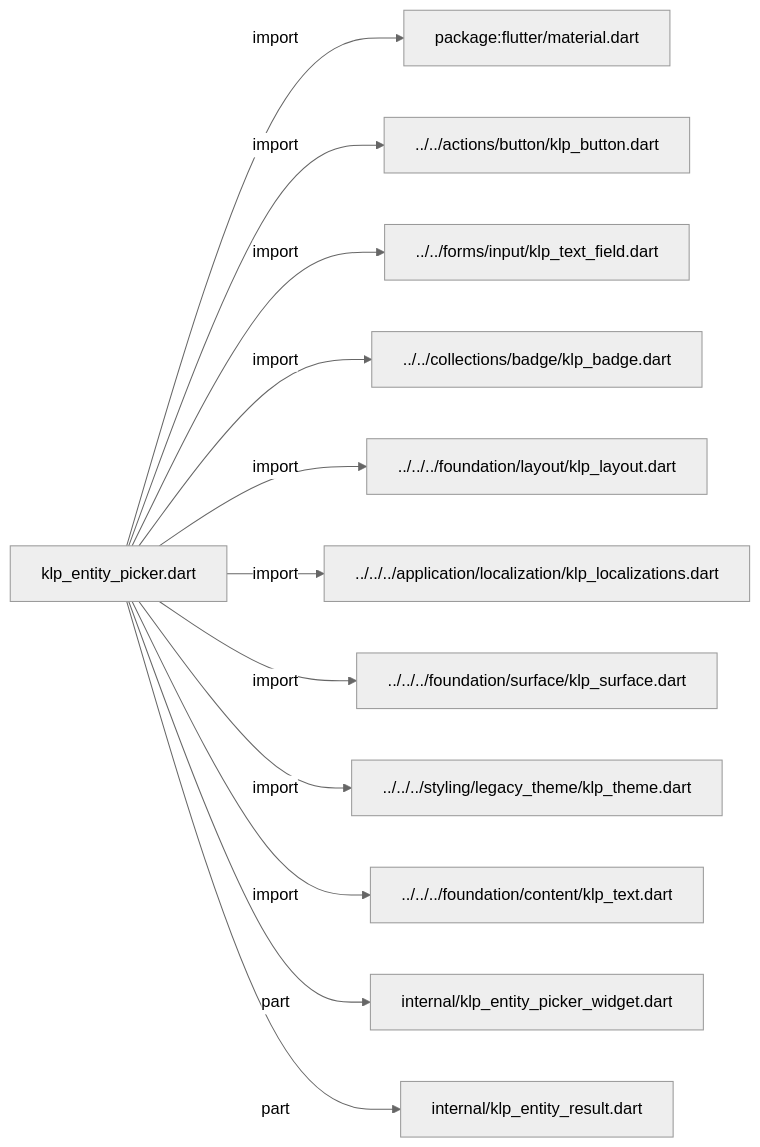
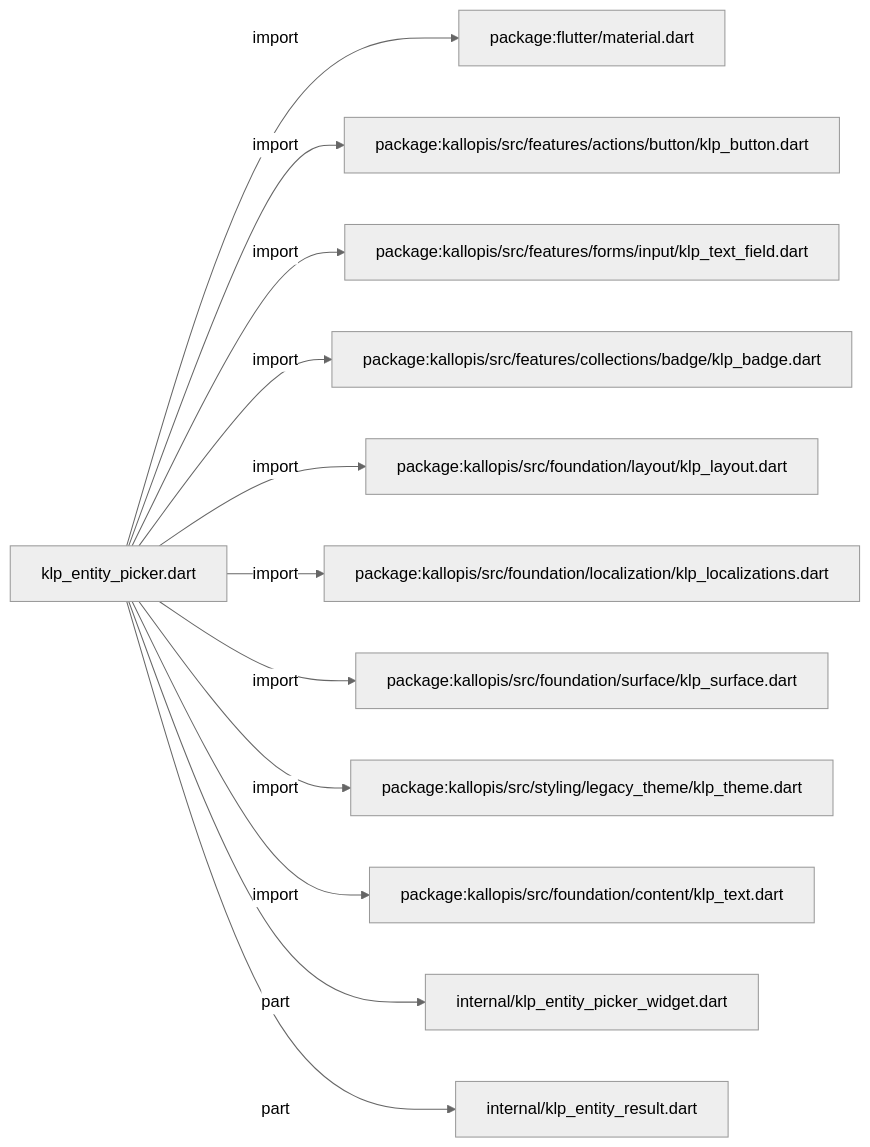
Before and after one commit to MiuDog/Kallopis: the first of 2 diagrams in docs/architecture/src/features/workspace/entity_picker/klp_entity_picker.md, drawn with Mermaid (neutral theme). The commit also changed other lines of this file and 9688 other files, not shown here.

Commit message:
Prepare isolated Flow F2 peer baseline

````diff
--- a/docs/architecture/src/features/workspace/entity_picker/klp_entity_picker.md
+++ b/docs/architecture/src/features/workspace/entity_picker/klp_entity_picker.md
@@ -11,26 +11,26 @@
 ```mermaid
 flowchart LR
 	n0["klp_entity_picker.dart"]
 	n1["package:flutter/material.dart"]
-	n2["../../actions/button/klp_button.dart"]
-	n3["../../forms/input/klp_text_field.dart"]
-	n4["../../collections/badge/klp_badge.dart"]
-	n5["../../../foundation/layout/klp_layout.dart"]
-	n6["../../../application/localization/klp_localizations.dart"]
-	n7["../../../foundation/surface/klp_surface.dart"]
-	n8["../../../styling/legacy_theme/klp_theme.dart"]
-	n9["../../../foundation/content/klp_text.dart"]
+	n2["package:kallopis/src/features/actions/button/klp_button.dart"]
+	n3["package:kallopis/src/features/forms/input/klp_text_field.dart"]
+	n4["package:kallopis/src/features/collections/badge/klp_badge.dart"]
+	n5["package:kallopis/src/foundation/layout/klp_layout.dart"]
+	n6["package:kallopis/src/foundation/localization/klp_localizations.dart"]
+	n7["package:kallopis/src/foundation/surface/klp_surface.dart"]
+	n8["package:kallopis/src/styling/legacy_theme/klp_theme.dart"]
+	n9["package:kallopis/src/foundation/content/klp_text.dart"]
 	n10["internal/klp_entity_picker_widget.dart"]
 	n11["internal/klp_entity_result.dart"]
 	n0 -->|"import"| n1
 	n0 -->|"import"| n2
 	n0 -->|"import"| n3
 	n0 -->|"import"| n4
 	n0 -->|"import"| n5
 	n0 -->|"import"| n6
 	n0 -->|"import"| n7
 	n0 -->|"import"| n8
 	n0 -->|"import"| n9
 	n0 -->|"part"| n10
 	n0 -->|"part"| n11
 ```
````
